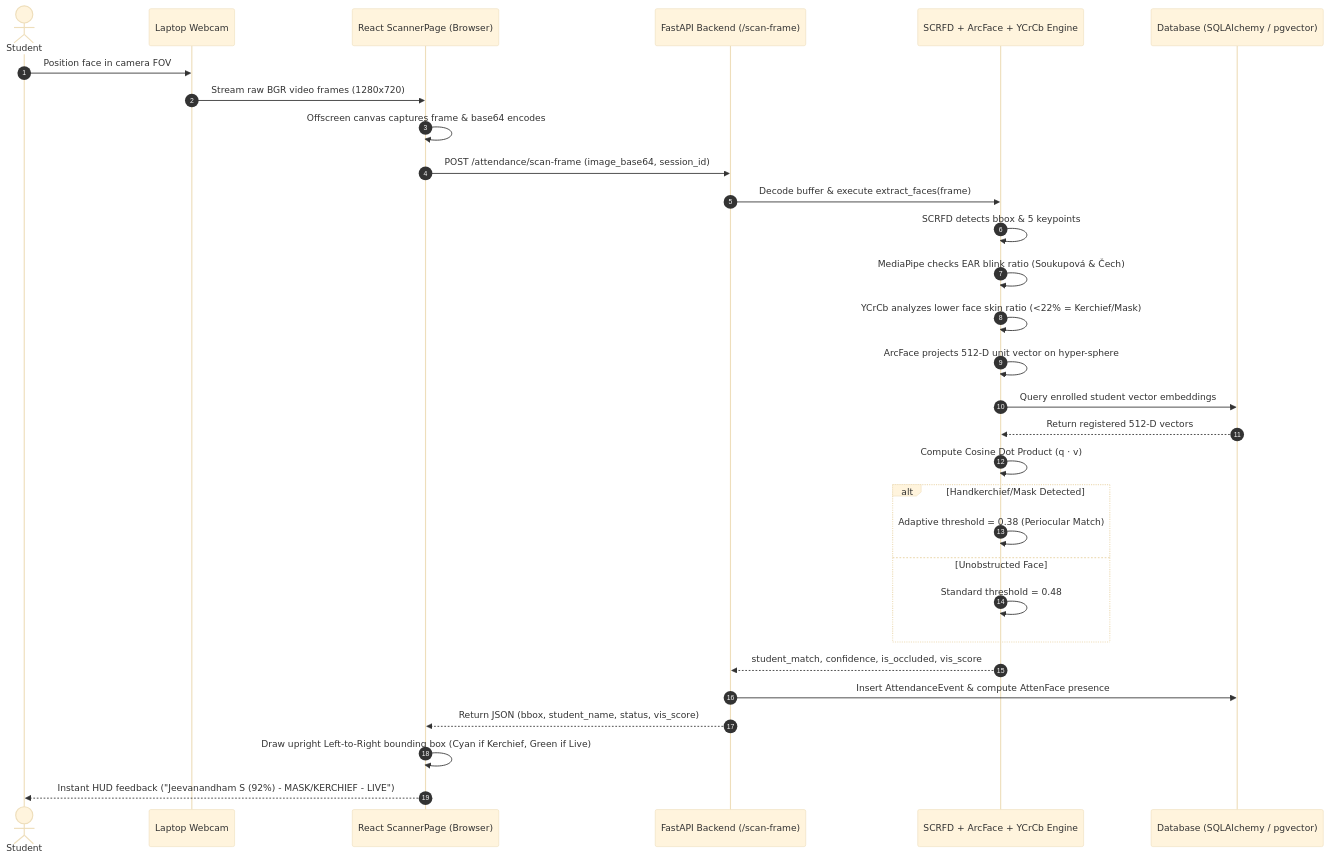
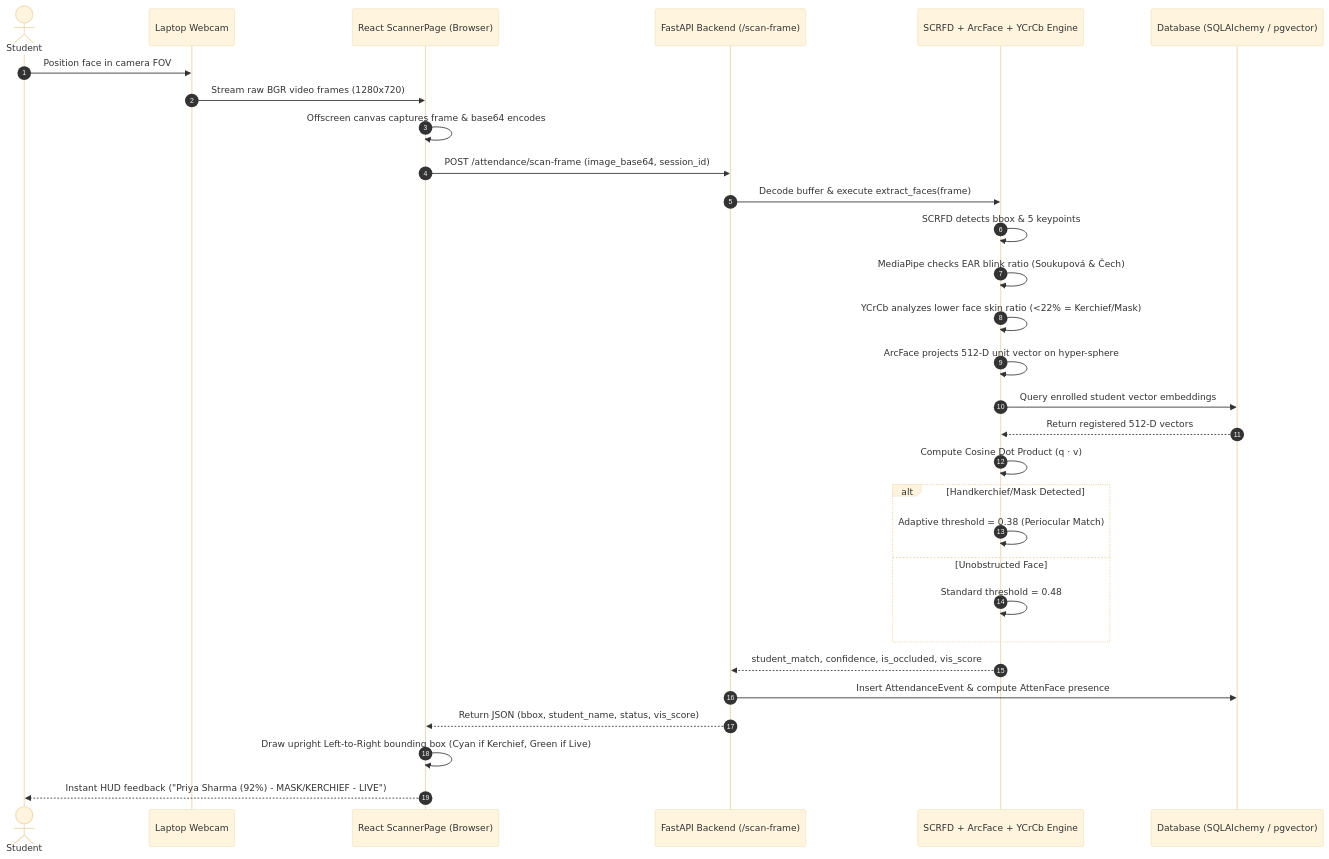
One commit to JeevanandhamSridhar/Cloud--Based-Attendance-System-using-face-recognition changed the second of 8 diagrams in FINAL_YEAR_PROJECT_REPORT_GUIDE.md. Above: the diagram before and after it, drawn with Mermaid (base theme). The commit also changed other lines of this file and 13 other files, not shown here.

````diff
--- a/FINAL_YEAR_PROJECT_REPORT_GUIDE.md
+++ b/FINAL_YEAR_PROJECT_REPORT_GUIDE.md
@@ -107,33 +107,33 @@
 ```mermaid
 sequenceDiagram
     autonumber
     actor Student
     participant Cam as Laptop Webcam
     participant React as React ScannerPage (Browser)
     participant Fast as FastAPI Backend (/scan-frame)
     participant Vision as SCRFD + ArcFace + YCrCb Engine
     participant DB as Database (SQLAlchemy / pgvector)
 
     Student->>Cam: Position face in camera FOV
     Cam->>React: Stream raw BGR video frames (1280x720)
     React->>React: Offscreen canvas captures frame & base64 encodes
     React->>Fast: POST /attendance/scan-frame (image_base64, session_id)
     Fast->>Vision: Decode buffer & execute extract_faces(frame)
     Vision->>Vision: SCRFD detects bbox & 5 keypoints
     Vision->>Vision: MediaPipe checks EAR blink ratio (Soukupová & Čech)
     Vision->>Vision: YCrCb analyzes lower face skin ratio (<22% = Kerchief/Mask)
     Vision->>Vision: ArcFace projects 512-D unit vector on hyper-sphere
     Vision->>DB: Query enrolled student vector embeddings
     DB-->>Vision: Return registered 512-D vectors
     Vision->>Vision: Compute Cosine Dot Product (q · v)
     alt Handkerchief/Mask Detected
         Vision->>Vision: Adaptive threshold = 0.38 (Periocular Match)
     else Unobstructed Face
         Vision->>Vision: Standard threshold = 0.48
     end
     Vision-->>Fast: student_match, confidence, is_occluded, vis_score
     Fast->>DB: Insert AttendanceEvent & compute AttenFace presence
     Fast-->>React: Return JSON (bbox, student_name, status, vis_score)
     React->>React: Draw upright Left-to-Right bounding box (Cyan if Kerchief, Green if Live)
-    React-->>Student: Instant HUD feedback ("Jeevanandham S (92%) - MASK/KERCHIEF - LIVE")
+    React-->>Student: Instant HUD feedback ("Priya Sharma (92%) - MASK/KERCHIEF - LIVE")
 ```
````
